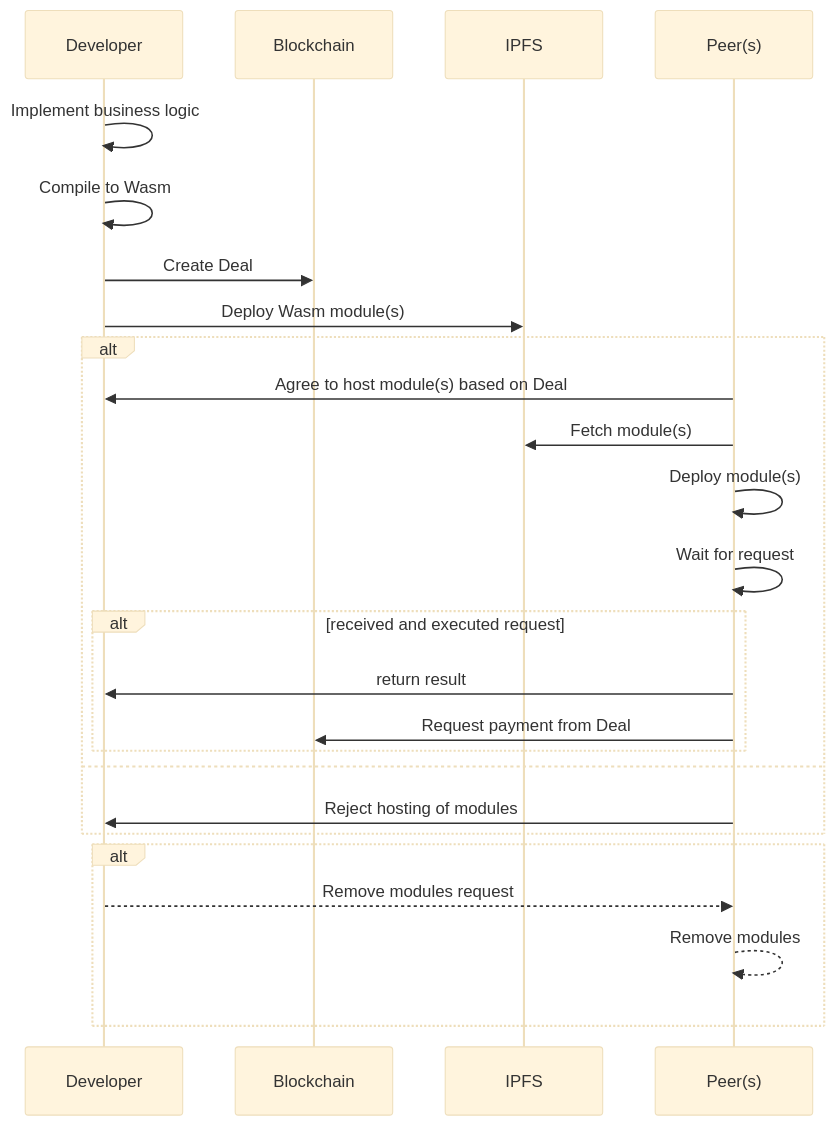
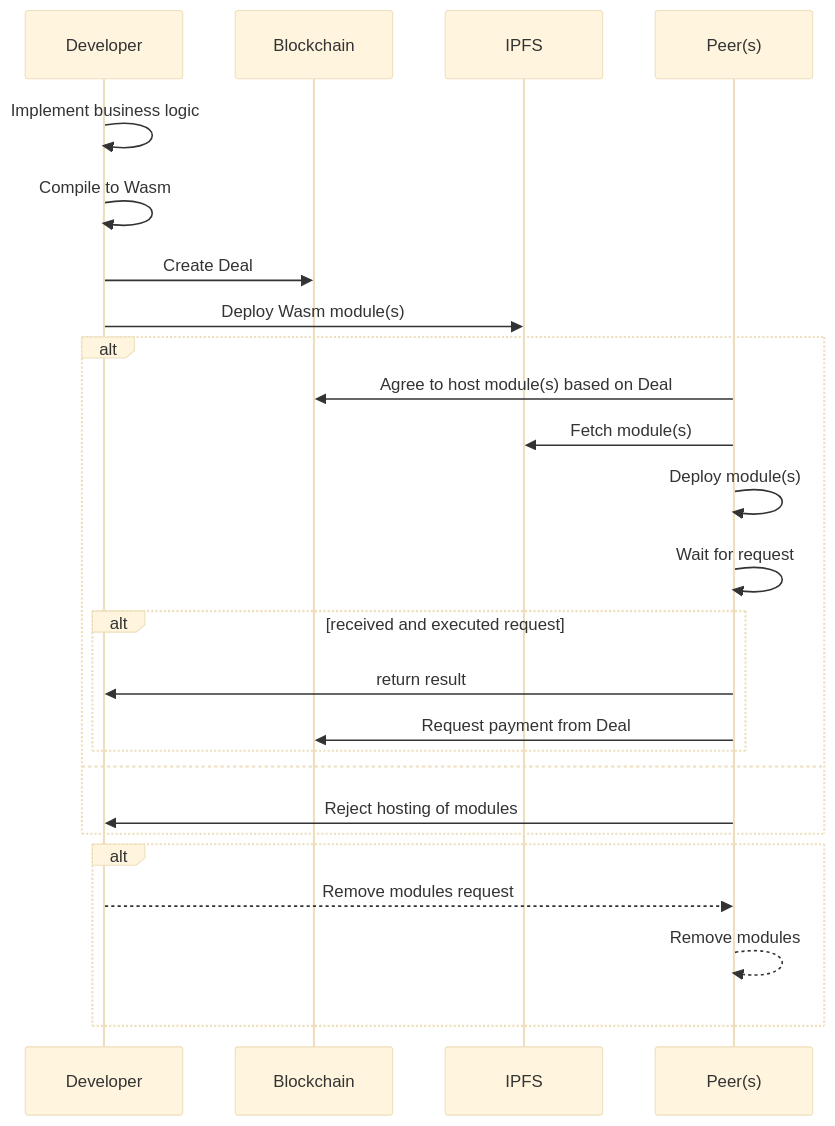
The first of 3 diagrams in docs/new-build/overview.md (fluencelabs/docs), drawn with Mermaid (base theme) before and after one commit. The commit also changed 3 other files, not shown here.

````diff
--- a/docs/new-build/overview.md
+++ b/docs/new-build/overview.md
@@ -11,30 +11,30 @@
 ```mermaid
 sequenceDiagram
 
 participant D as Developer
 participant C as Blockchain
 participant I as IPFS
 participant P as Peer(s)
 
 D ->> D: Implement business logic
 D ->> D: Compile to Wasm
 D ->> C: Create Deal
 D ->> I: Deploy Wasm module(s)
 alt
-	P ->> D: Agree to host module(s) based on Deal
+	P ->> C: Agree to host module(s) based on Deal
 	P ->> I: Fetch module(s)
 	P ->> P: Deploy module(s)
 	P ->> P: Wait for request
 	alt received and executed request
 		P ->> D: return result
 		P ->> C: Request payment from Deal
 	end
 else
 	P ->> D: Reject hosting of modules
 end
 alt
 	D -->> P: Remove modules request
 	P -->> P: Remove modules
 end
 
 ```
````
